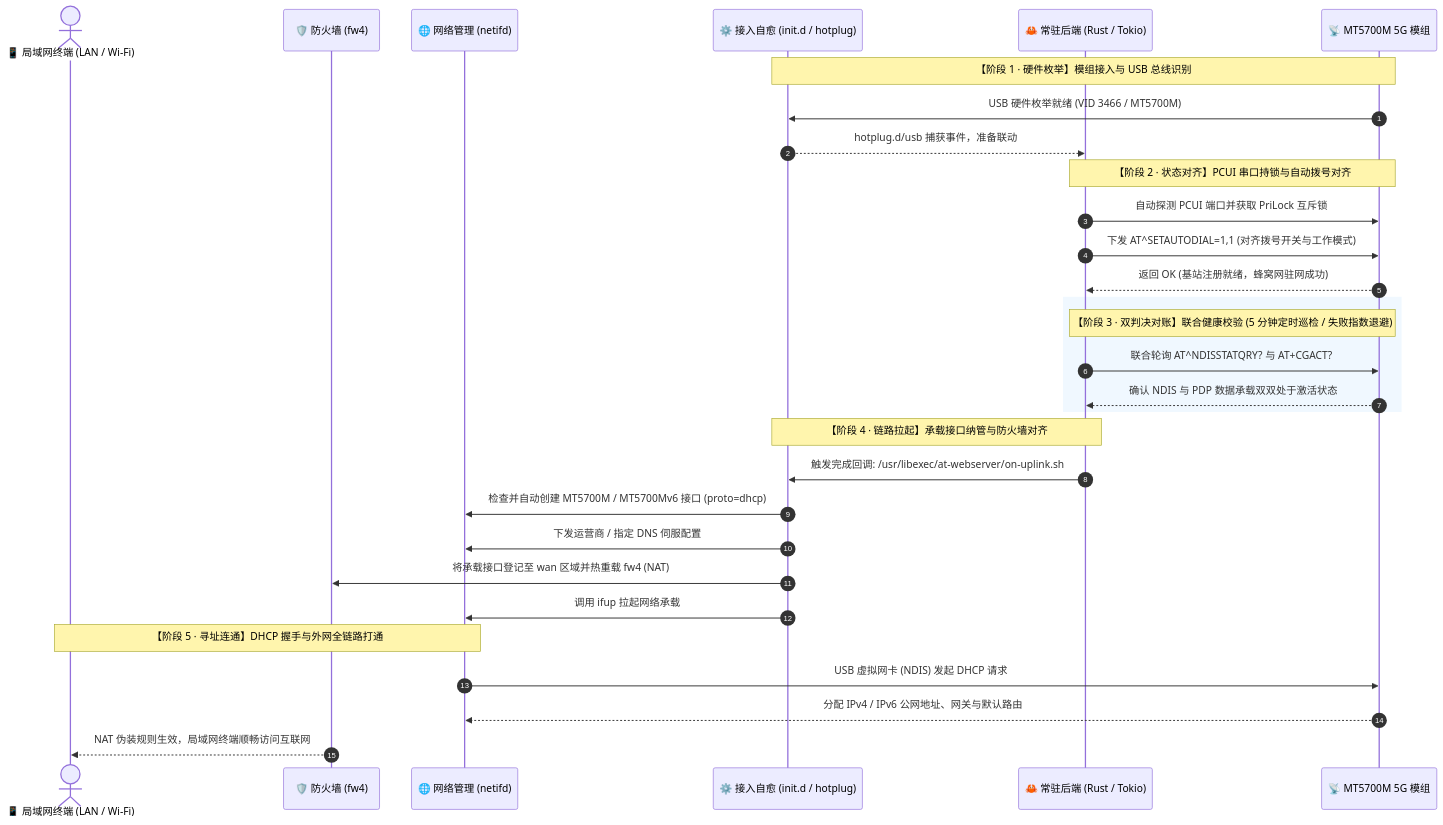
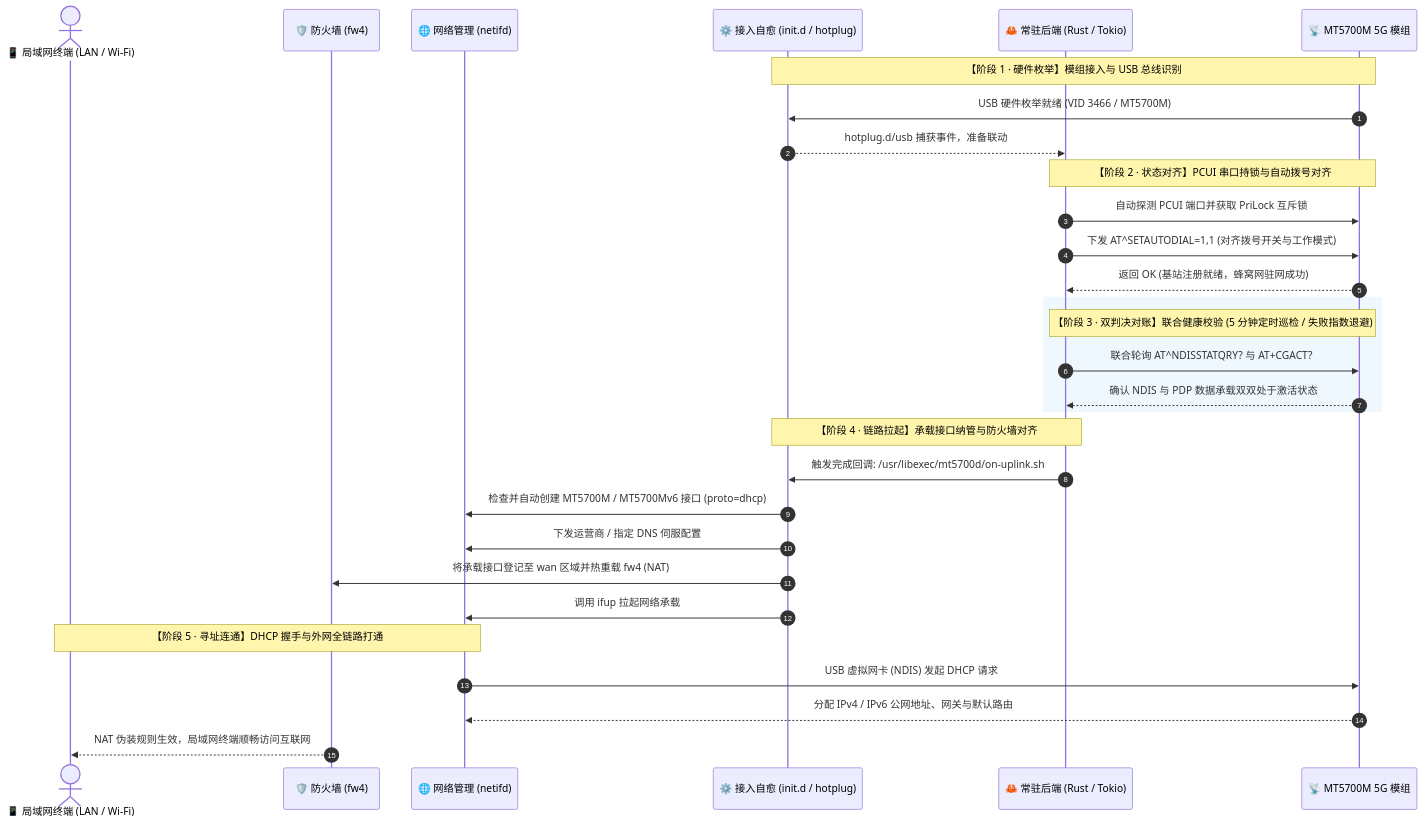
One commit to LianXia233/luci-app-mt5700 changed the third of 3 diagrams in README.md. Above: the diagram before and after it, drawn with Mermaid. The commit also changed other lines of this file and 323 other files, not shown here.

````diff
--- a/README.md
+++ b/README.md
@@ -349,37 +349,37 @@
 ```mermaid
 sequenceDiagram
     autonumber
     actor Terminal as 📱 局域网终端 (LAN / Wi-Fi)
     participant FW as 🛡️ 防火墙 (fw4)
     participant Netifd as 🌐 网络管理 (netifd)
     participant InitD as ⚙️ 接入自愈 (init.d / hotplug)
     participant Rust as 🦀 常驻后端 (Rust / Tokio)
     participant Modem as 📡 MT5700M 5G 模组
 
     Note over Modem,InitD: 【阶段 1 · 硬件枚举】模组接入与 USB 总线识别
     Modem->>InitD: USB 硬件枚举就绪 (VID 3466 / MT5700M)
     InitD-->>Rust: hotplug.d/usb 捕获事件，准备联动
 
     Note over Rust,Modem: 【阶段 2 · 状态对齐】PCUI 串口持锁与自动拨号对齐
     Rust->>Modem: 自动探测 PCUI 端口并获取 PriLock 互斥锁
     Rust->>Modem: 下发 AT^SETAUTODIAL=1,1 (对齐拨号开关与工作模式)
     Modem-->>Rust: 返回 OK (基站注册就绪，蜂窝网驻网成功)
 
     rect rgb(240, 248, 255)
     Note over Rust,Modem: 【阶段 3 · 双判决对账】联合健康校验 (5 分钟定时巡检 / 失败指数退避)
     Rust->>Modem: 联合轮询 AT^NDISSTATQRY? 与 AT+CGACT?
     Modem-->>Rust: 确认 NDIS 与 PDP 数据承载双双处于激活状态
     end
 
     Note over Rust,InitD: 【阶段 4 · 链路拉起】承载接口纳管与防火墙对齐
-    Rust->>InitD: 触发完成回调: /usr/libexec/at-webserver/on-uplink.sh
+    Rust->>InitD: 触发完成回调: /usr/libexec/mt5700d/on-uplink.sh
     InitD->>Netifd: 检查并自动创建 MT5700M / MT5700Mv6 接口 (proto=dhcp)
     InitD->>Netifd: 下发运营商 / 指定 DNS 伺服配置
     InitD->>FW: 将承载接口登记至 wan 区域并热重载 fw4 (NAT)
     InitD->>Netifd: 调用 ifup 拉起网络承载
 
     Note over Netifd,Terminal: 【阶段 5 · 寻址连通】DHCP 握手与外网全链路打通
     Netifd->>Modem: USB 虚拟网卡 (NDIS) 发起 DHCP 请求
     Modem-->>Netifd: 分配 IPv4 / IPv6 公网地址、网关与默认路由
     FW-->>Terminal: NAT 伪装规则生效，局域网终端顺畅访问互联网
 ```
````
